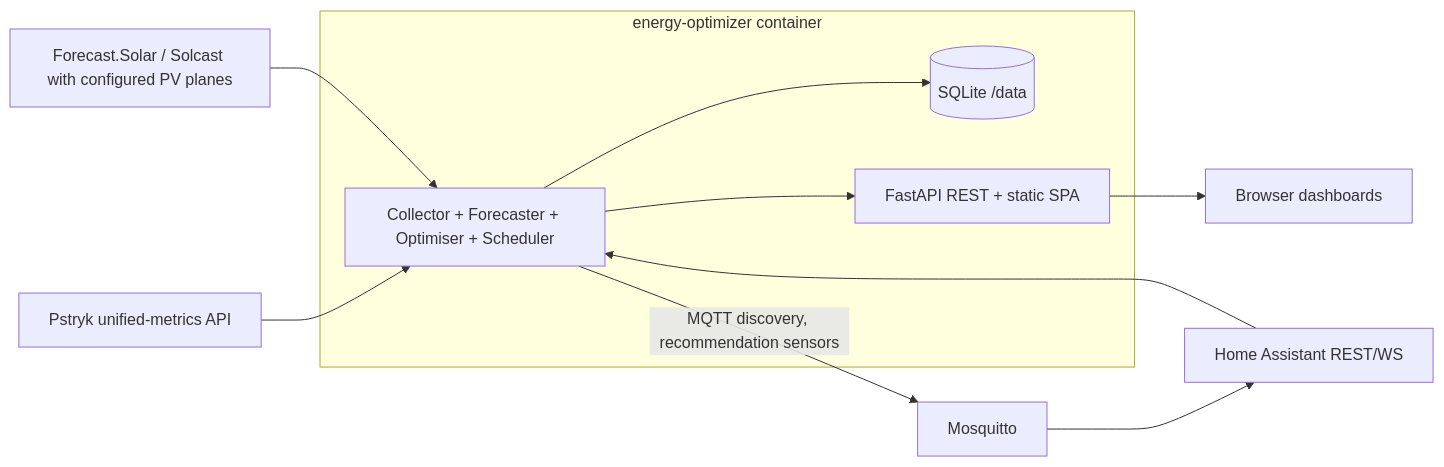
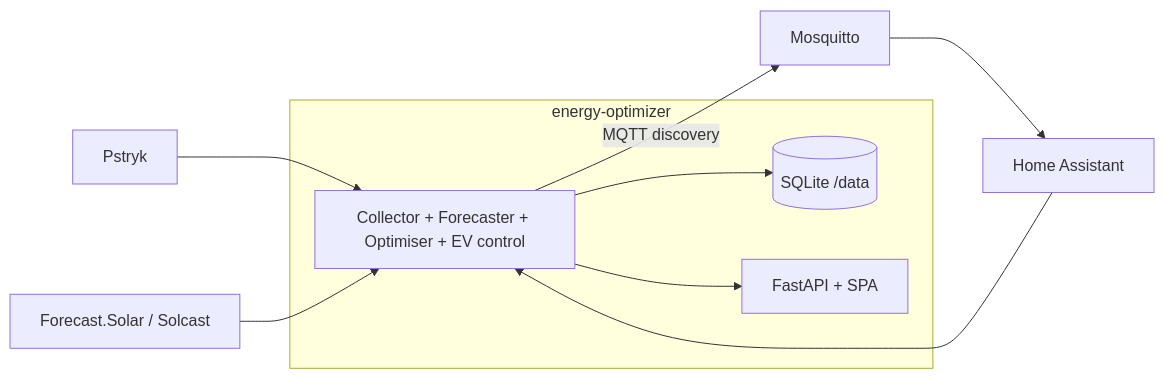
One commit to vanklompf/energy-optimizer changed the diagram in DESIGN.md. Above: the diagram before and after it, drawn with Mermaid. The commit also changed other lines of this file and 13 other files, not shown here.

````diff
--- a/DESIGN.md
+++ b/DESIGN.md
@@ -115,12 +38,11 @@
 ```mermaid
 flowchart LR
-  pstryk[Pstryk unified-metrics API] --> core
-  ha[Home Assistant REST/WS] --> core
-  fcst[Forecast.Solar / Solcast with configured PV planes] --> core
-  subgraph container [energy-optimizer container]
-    core[Collector + Forecaster + Optimiser + Scheduler] --> db[(SQLite /data)]
-    core --> api[FastAPI REST + static SPA]
+  pstryk[Pstryk] --> core
+  ha[Home Assistant] --> core
+  fcst[Forecast.Solar / Solcast] --> core
+  subgraph container [energy-optimizer]
+    core[Collector + Forecaster + Optimiser + EV control] --> db[(SQLite /data)]
+    core --> api[FastAPI + SPA]
   end
-  core -->|MQTT discovery, recommendation sensors| mqtt[Mosquitto] --> ha
-  api --> user[Browser dashboards]
+  core -->|MQTT discovery| mqtt[Mosquitto] --> ha
 ```
````
